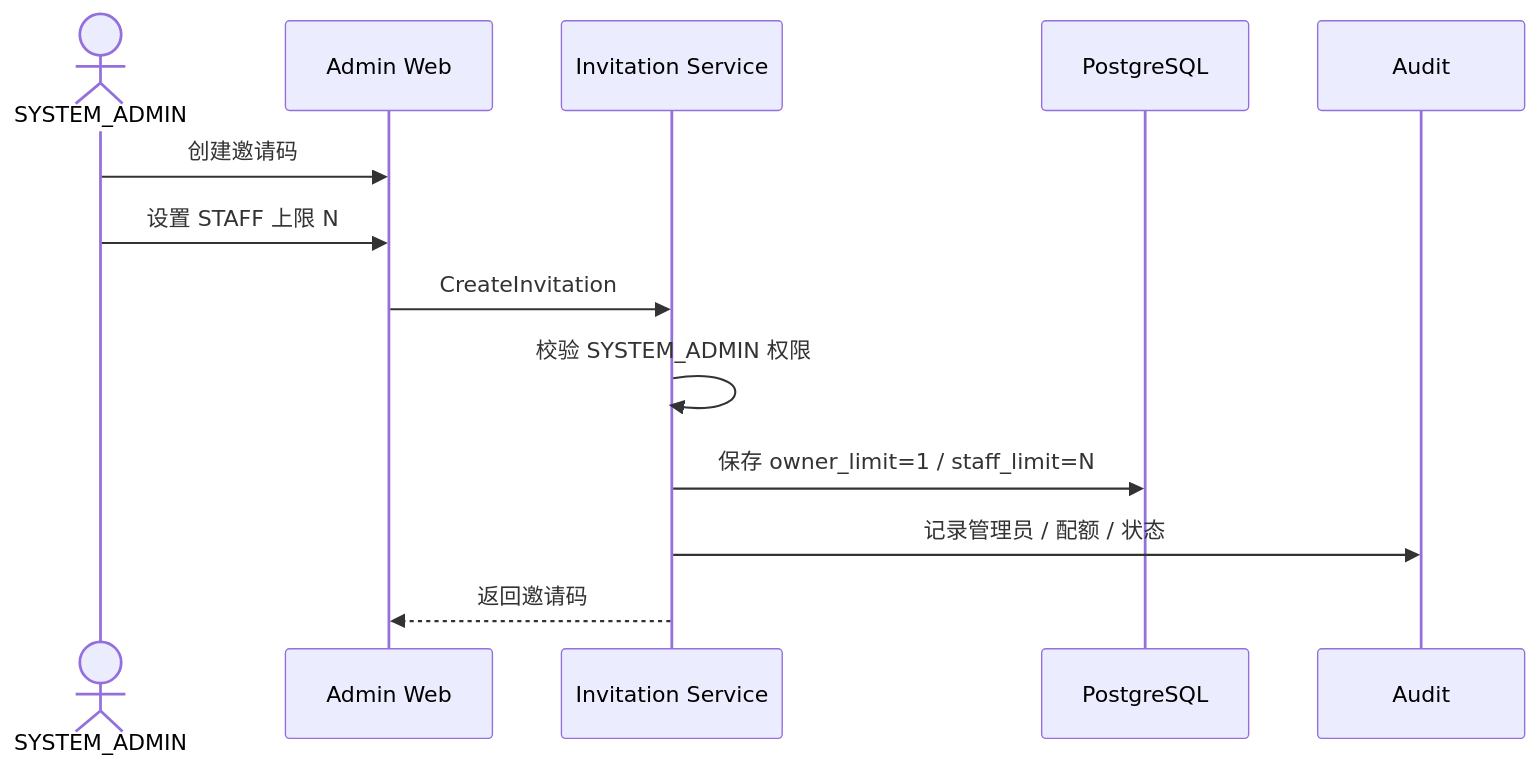
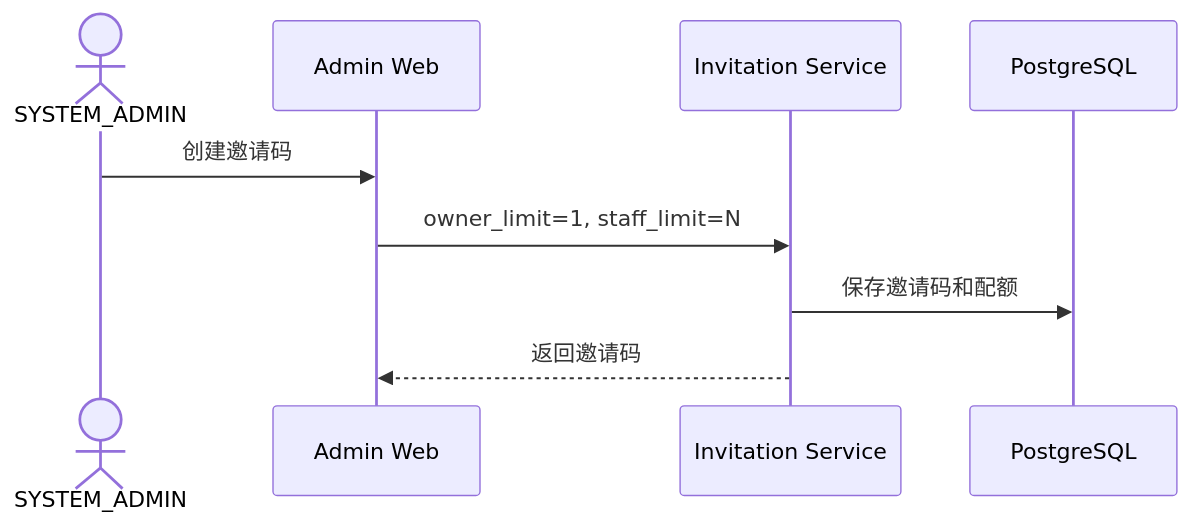
Before and after one commit to sxyq/mastergoods: the second of 14 diagrams in docs/system-design/01-账户与身份/01-注册与邀请码.md, drawn with Mermaid. The commit also changed other lines of this file and 12 other files, not shown here.

Commit message:
docs(system-design): sync detailed design and explain flows

````diff
--- a/docs/system-design/01-账户与身份/01-注册与邀请码.md
+++ b/docs/system-design/01-账户与身份/01-注册与邀请码.md
@@ -33,16 +88,12 @@
 ```mermaid
 sequenceDiagram
     actor SA as SYSTEM_ADMIN
     participant WEB as Admin Web
     participant INV as Invitation Service
     participant DB as PostgreSQL
-    participant AUDIT as Audit
 
     SA->>WEB: 创建邀请码
-    SA->>WEB: 设置 STAFF 上限 N
-    WEB->>INV: CreateInvitation
-    INV->>INV: 校验 SYSTEM_ADMIN 权限
-    INV->>DB: 保存 owner_limit=1 / staff_limit=N
-    INV->>AUDIT: 记录管理员 / 配额 / 状态
+    WEB->>INV: owner_limit=1, staff_limit=N
+    INV->>DB: 保存邀请码和配额
     INV-->>WEB: 返回邀请码
 ```
````
